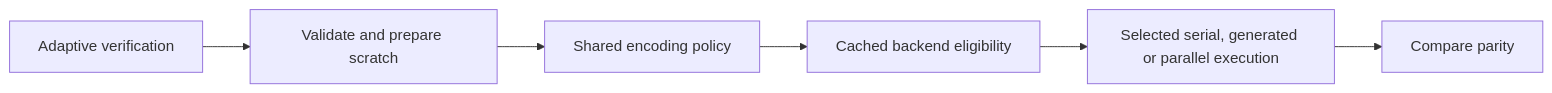
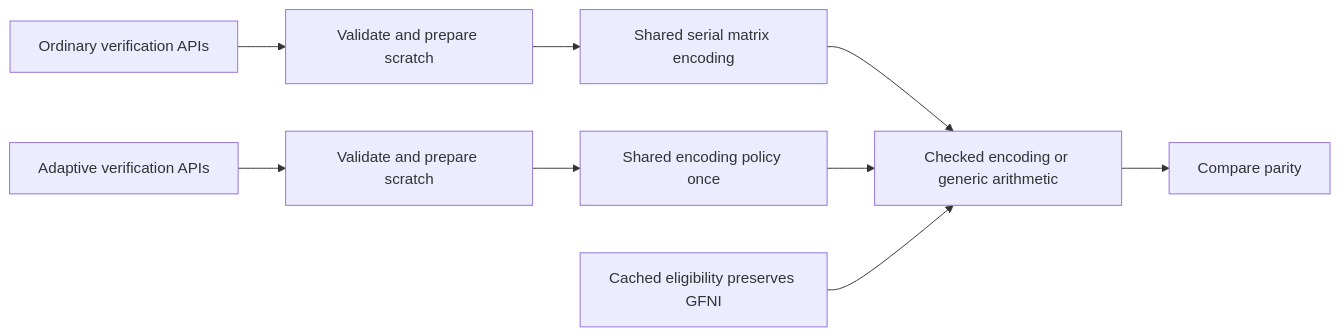
The diagram in docs/release-9.1.0-readiness-2026-10-23.md (houseme/rustfs-erasure-codec), drawn with Mermaid before and after one commit. The commit also changed other lines of this file and 2 other files, not shown here.

First line of the commit message:
docs(release): bind combined Classic verification review to current main

````diff
--- a/docs/release-9.1.0-readiness-2026-10-23.md
+++ b/docs/release-9.1.0-readiness-2026-10-23.md
@@ -34,8 +45,11 @@
 ```mermaid
 flowchart LR
-    A[Adaptive verification] --> B[Validate and prepare scratch]
-    B --> C[Shared encoding policy]
-    C --> D[Cached backend eligibility]
-    D --> E[Selected serial, generated or parallel execution]
-    E --> F[Compare parity]
+    A[Ordinary verification APIs] --> B[Validate and prepare scratch]
+    B --> S[Shared serial matrix encoding]
+    C[Adaptive verification APIs] --> D[Validate and prepare scratch]
+    D --> P[Shared encoding policy once]
+    S --> K[Checked encoding or generic arithmetic]
+    P --> K
+    E[Cached eligibility preserves GFNI] --> K
+    K --> F[Compare parity]
 ```
````
